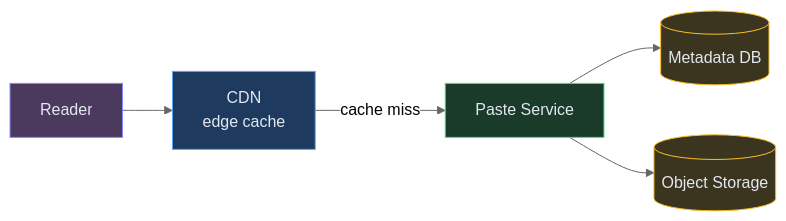
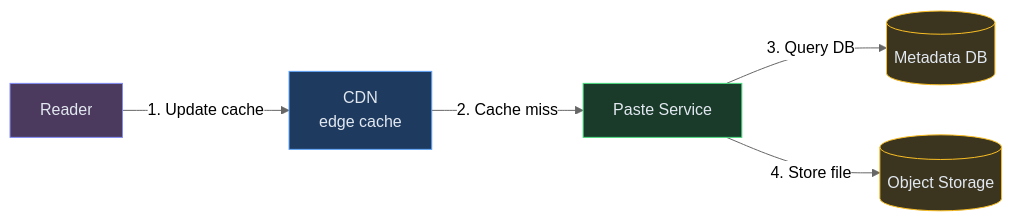
The third of 7 diagrams in content/hld/Pastebin.md (iluzn/HLD-Designs), drawn with Mermaid (neutral theme) before and after one commit. The commit also changed other lines of this file and 27 other files, not shown here.

````diff
--- a/content/hld/Pastebin.md
+++ b/content/hld/Pastebin.md
@@ -199,18 +199,18 @@
 ```mermaid
 flowchart LR
     READER["Reader"]:::client
     CDN["CDN<br/>edge cache"]:::edge
     API["Paste Service"]:::service
     META[("Metadata DB")]:::data
     S3[("Object Storage")]:::data
 
-    READER --> CDN
-    CDN -->|"cache miss"| API
-    API --> META
-    API --> S3
+    READER -->|"1. Update cache"| CDN
+    CDN -->|"2. Cache miss"| API
+    API -->|"3. Query DB"| META
+    API -->|"4. Store file"| S3
 
     classDef client fill:#4c3a5e,stroke:#818cf8,color:#e2e8f0
     classDef edge fill:#1e3a5f,stroke:#60a5fa,color:#e2e8f0
     classDef service fill:#1a3a2a,stroke:#4ade80,color:#e2e8f0
     classDef data fill:#3b3520,stroke:#fbbf24,color:#e2e8f0
 ```
````
